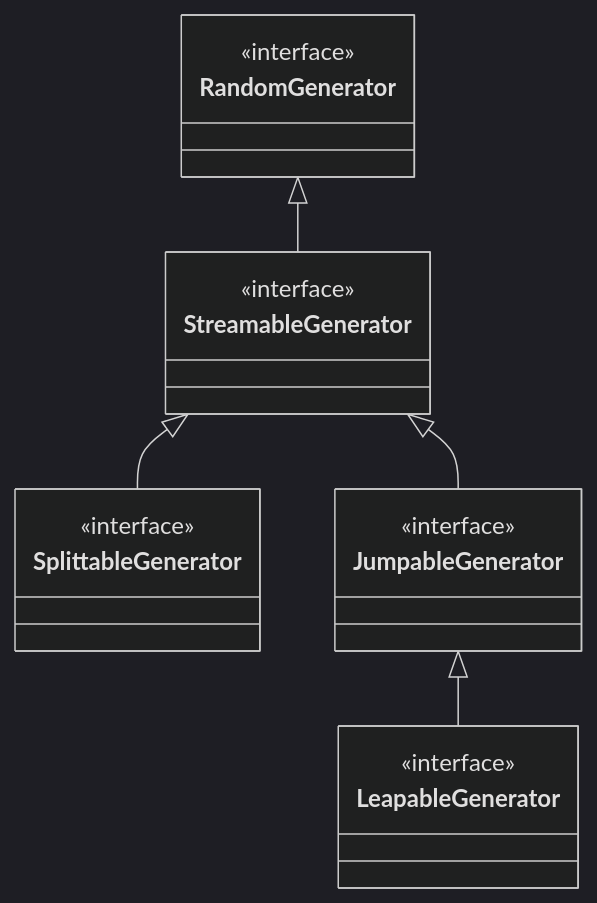
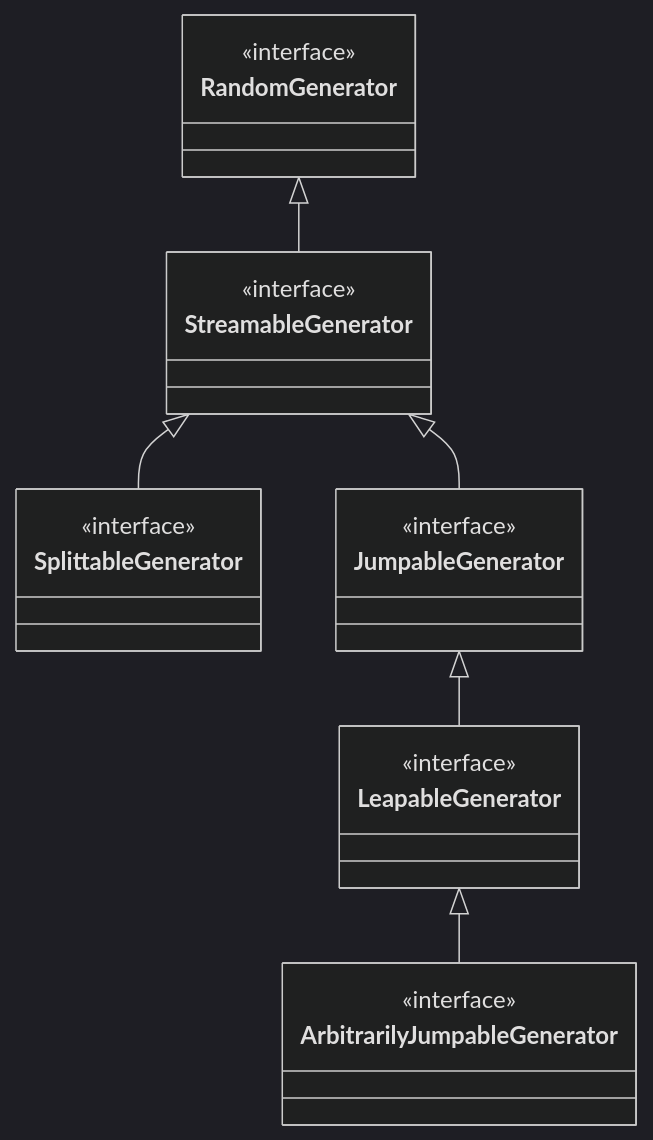
Before and after one commit to cicirello/rho-mu: the diagram in README.md, drawn with Mermaid (dark theme).

````diff
--- a/README.md
+++ b/README.md
@@ -42,17 +42,20 @@
 ```mermaid
 classDiagram
   class RandomGenerator
   <<interface>> RandomGenerator
   class StreamableGenerator
   <<interface>> StreamableGenerator
   RandomGenerator <|-- StreamableGenerator
   class SplittableGenerator
   <<interface>> SplittableGenerator
   StreamableGenerator <|-- SplittableGenerator
   class JumpableGenerator
   <<interface>> JumpableGenerator
   StreamableGenerator <|-- JumpableGenerator
   class LeapableGenerator
   <<interface>> LeapableGenerator
   JumpableGenerator <|-- LeapableGenerator
+  class ArbitrarilyJumpableGenerator
+  <<interface>> ArbitrarilyJumpableGenerator
+  LeapableGenerator <|-- ArbitrarilyJumpableGenerator
 ```
````
